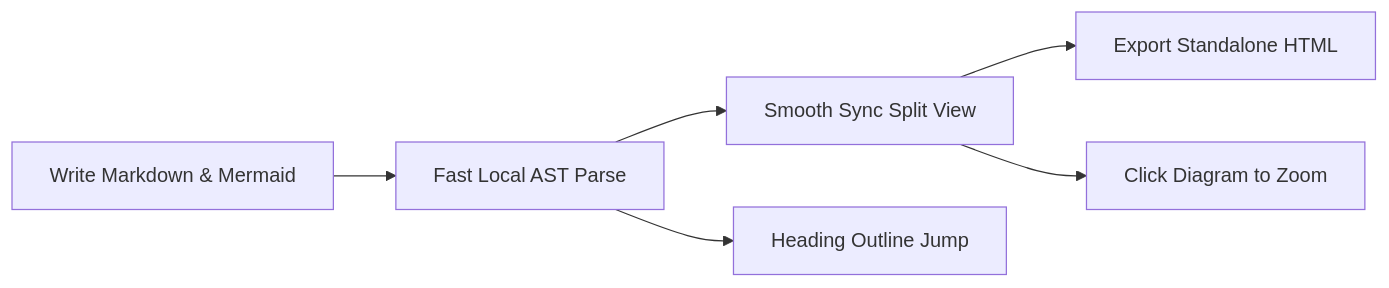
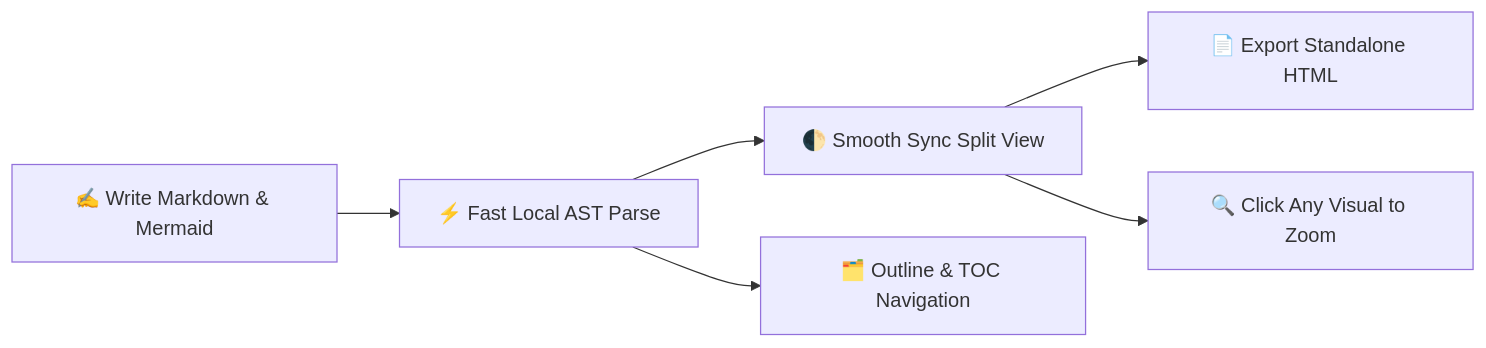
The diagram in crates/zmark_app/assets/welcome/en.md (2716190547/zmark), drawn with Mermaid before and after one commit. The commit also changed other lines of this file and 32 other files, not shown here.

````diff
--- a/crates/zmark_app/assets/welcome/en.md
+++ b/crates/zmark_app/assets/welcome/en.md
@@ -72,8 +84,8 @@
 ```mermaid
 flowchart LR
-    Write["Write Markdown & Mermaid"] --> Parse["Fast Local AST Parse"]
-    Parse --> Split["Smooth Sync Split View"]
-    Parse --> Outline["Heading Outline Jump"]
-    Split --> Export["Export Standalone HTML"]
-    Split --> Lightbox["Click Diagram to Zoom"]
+    Write["✍️ Write Markdown & Mermaid"] --> Parse["⚡️ Fast Local AST Parse"]
+    Parse --> Split["🌓 Smooth Sync Split View"]
+    Parse --> Outline["🗂️ Outline & TOC Navigation"]
+    Split --> Export["📄 Export Standalone HTML"]
+    Split --> Lightbox["🔍 Click Any Visual to Zoom"]
 ```
````
